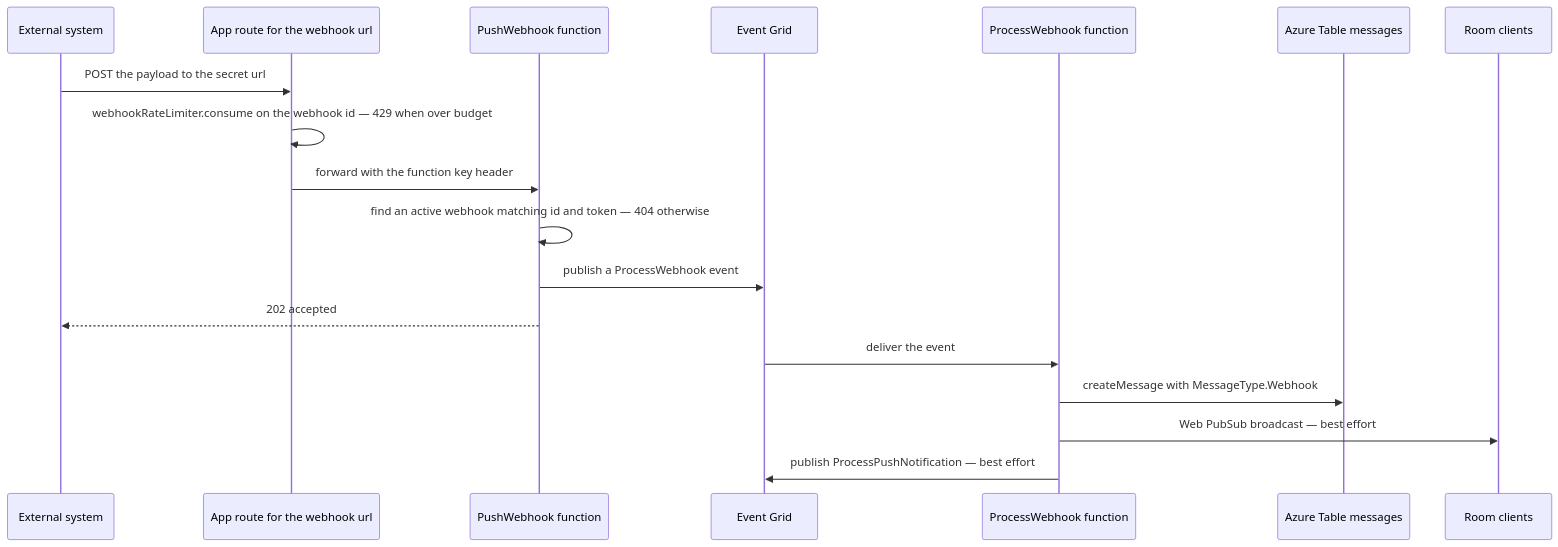
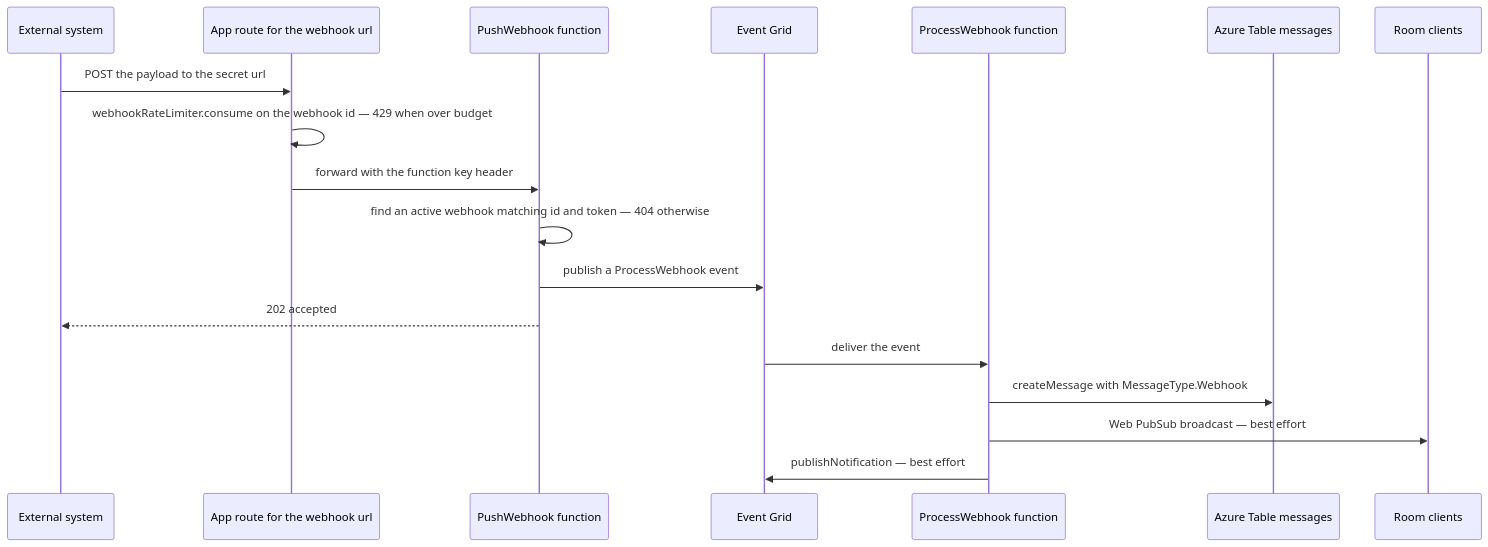
Before and after one commit to Esposter/Esposter: the diagram in packages/app/content/docs/esbabbler/webhooks.md, drawn with Mermaid. The commit also changed 16 other files, not shown here.

````diff
--- a/packages/app/content/docs/esbabbler/webhooks.md
+++ b/packages/app/content/docs/esbabbler/webhooks.md
@@ -20,21 +20,21 @@
 ```mermaid
 sequenceDiagram
   participant Ext as External system
   participant Nitro as App route for the webhook url
   participant Push as PushWebhook function
   participant Grid as Event Grid
   participant Proc as ProcessWebhook function
   participant Table as Azure Table messages
   participant Client as Room clients
 
   Ext->>Nitro: POST the payload to the secret url
   Nitro->>Nitro: webhookRateLimiter.consume on the webhook id — 429 when over budget
   Nitro->>Push: forward with the function key header
   Push->>Push: find an active webhook matching id and token — 404 otherwise
   Push->>Grid: publish a ProcessWebhook event
   Push-->>Ext: 202 accepted
   Grid->>Proc: deliver the event
   Proc->>Table: createMessage with MessageType.Webhook
   Proc->>Client: Web PubSub broadcast — best effort
-  Proc->>Grid: publish ProcessPushNotification — best effort
+  Proc->>Grid: publishNotification — best effort
 ```
````
